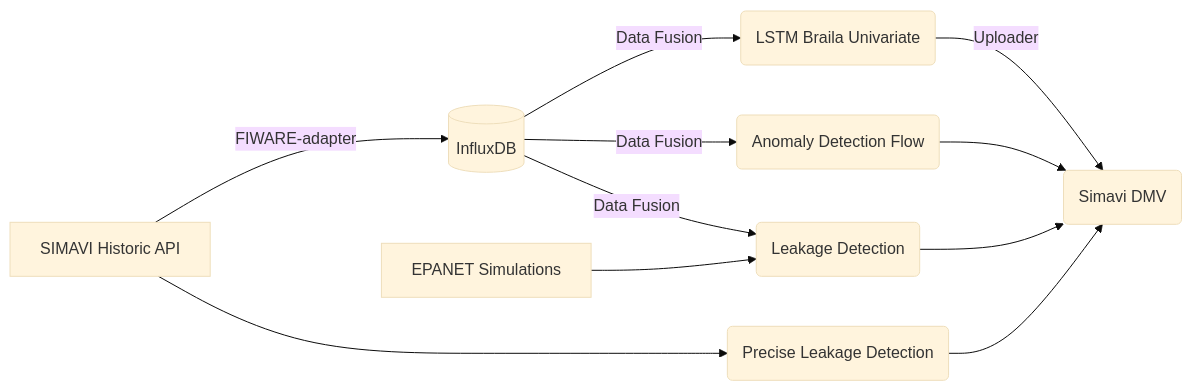
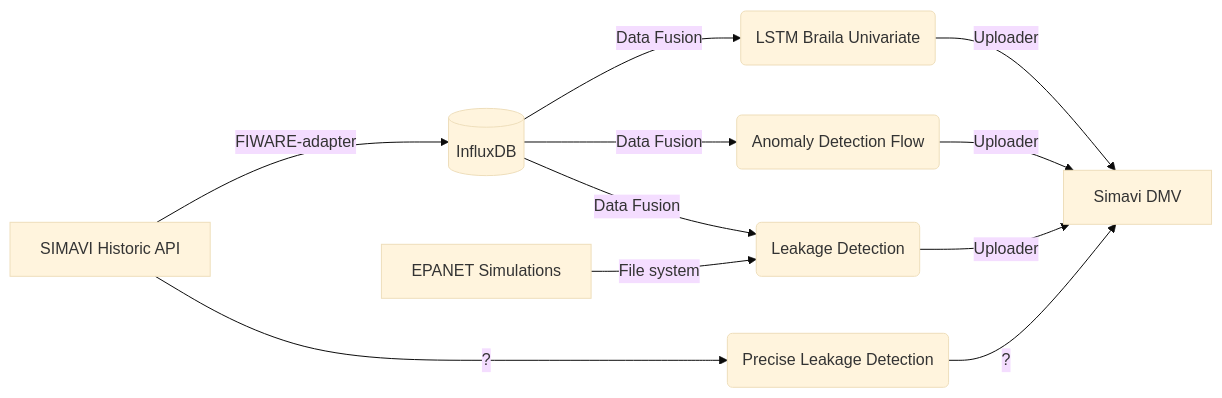
Before and after one commit to naiades-jsi/documentation: the third of 3 diagrams in README.md, drawn with Mermaid (base theme). The commit also changed other lines of this file, not shown here.

Commit message:
Updated communication

````diff
--- a/README.md
+++ b/README.md
@@ -164,13 +164,13 @@
 ```mermaid
 graph LR
     A[SIMAVI Historic API] --> |FIWARE-adapter| B[(InfluxDB)]
-    G[EPANET Simulations] --> E
+    G[EPANET Simulations] --> |File system| E
     B --> |Data Fusion| C(LSTM Braila Univariate)
     B --> |Data Fusion| D(Anomaly Detection Flow)
     B --> |Data Fusion| E(Leakage Detection)
-    A --> F(Precise Leakage Detection)
-    C --> |Uploader| X(Simavi DMV)
-    D --> X
-    E --> X
-    F --> X
+    A --> |?| F(Precise Leakage Detection)
+    C --> |Uploader| X[Simavi DMV]
+    D --> |Uploader| X
+    E --> |Uploader| X
+    F --> |?| X
 ```
````
